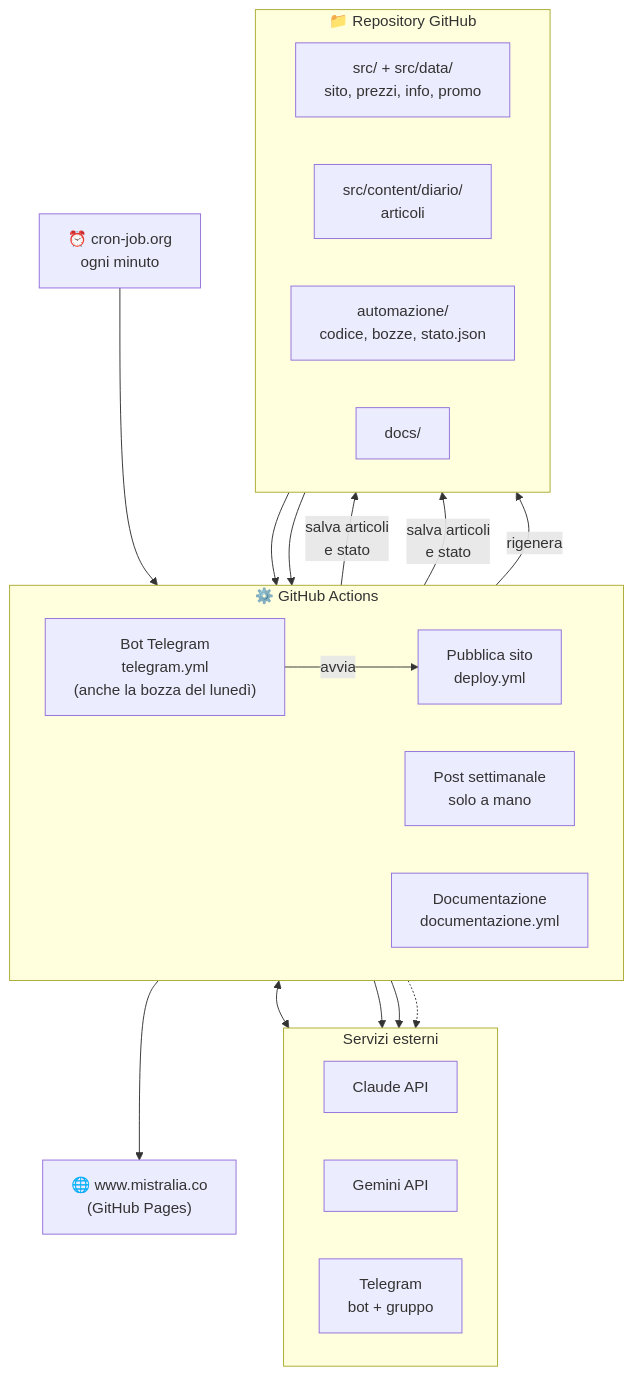
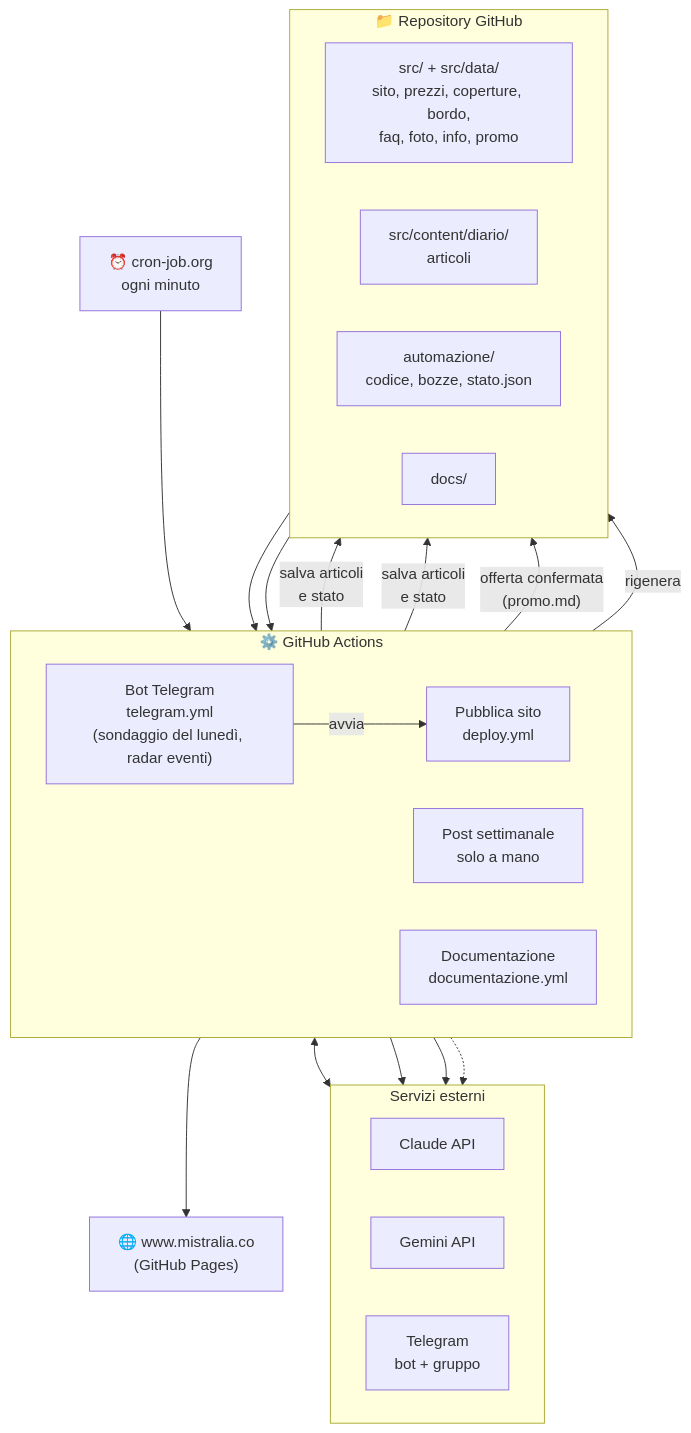
Before and after one commit to mistraliagianluca/mistraliagianluca.github.io: the first of 4 diagrams in docs/01-architettura.md, drawn with Mermaid. The commit also changed other lines of this file and 43 other files, not shown here.

Commit message:
Bot interattivo (radar, sondaggio, 💬), pannello riorganizzato, Diario con tipi e 6 articoli

````diff
--- a/docs/01-architettura.md
+++ b/docs/01-architettura.md
@@ -9,34 +9,35 @@
 ```mermaid
 flowchart TB
     CJ["⏰ cron-job.org<br>ogni minuto"]
     subgraph Actions["⚙️ GitHub Actions"]
         direction LR
-        W3["Bot Telegram<br>telegram.yml<br>(anche la bozza del lunedì)"]
+        W3["Bot Telegram<br>telegram.yml<br>(sondaggio del lunedì, radar eventi)"]
         W2["Post settimanale<br>solo a mano"]
         W1["Pubblica sito<br>deploy.yml"]
         W4["Documentazione<br>documentazione.yml"]
     end
     subgraph Esterni["Servizi esterni"]
         direction LR
         Claude["Claude API"]
         Gemini["Gemini API"]
         Telegram["Telegram<br>bot + gruppo"]
     end
     subgraph Repo["📁 Repository GitHub"]
         direction LR
-        DATI["src/ + src/data/<br>sito, prezzi, info, promo"]
+        DATI["src/ + src/data/<br>sito, prezzi, coperture, bordo,<br>faq, foto, info, promo"]
         DIARIO["src/content/diario/<br>articoli"]
         AUTO["automazione/<br>codice, bozze, stato.json"]
         DOCS["docs/"]
     end
     Pages["🌐 www.mistralia.co<br>(GitHub Pages)"]
 
     CJ --> W3
     W3 <--> Telegram
     W3 --> Claude & Gemini
     W2 -.-> Claude
     W3 -- "salva articoli<br>e stato" --> DIARIO & AUTO
+    W3 -- "offerta confermata<br>(promo.md)" --> DATI
     W3 -- "avvia" --> W1
     DATI & DIARIO --> W1 --> Pages
     W4 -- "rigenera" --> DOCS
 ```
````
